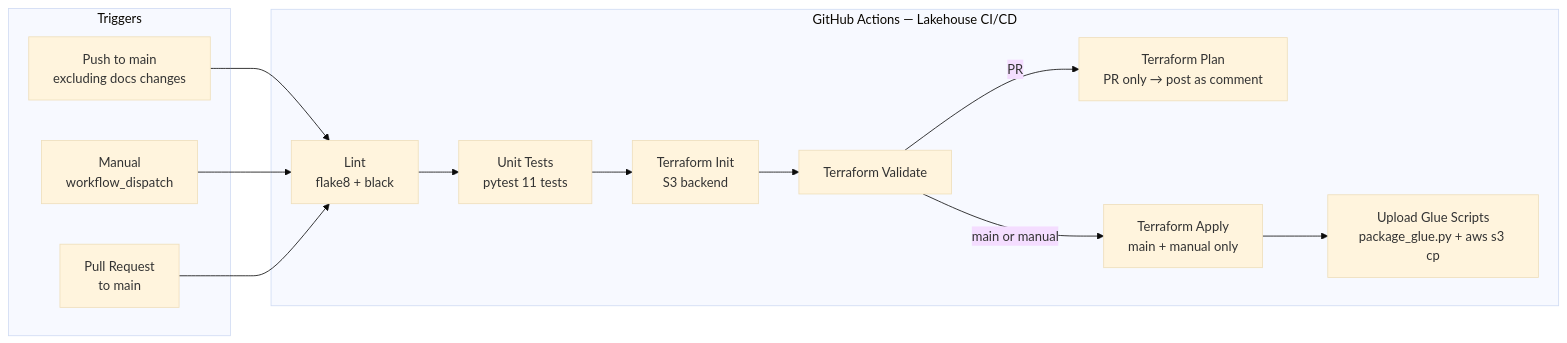
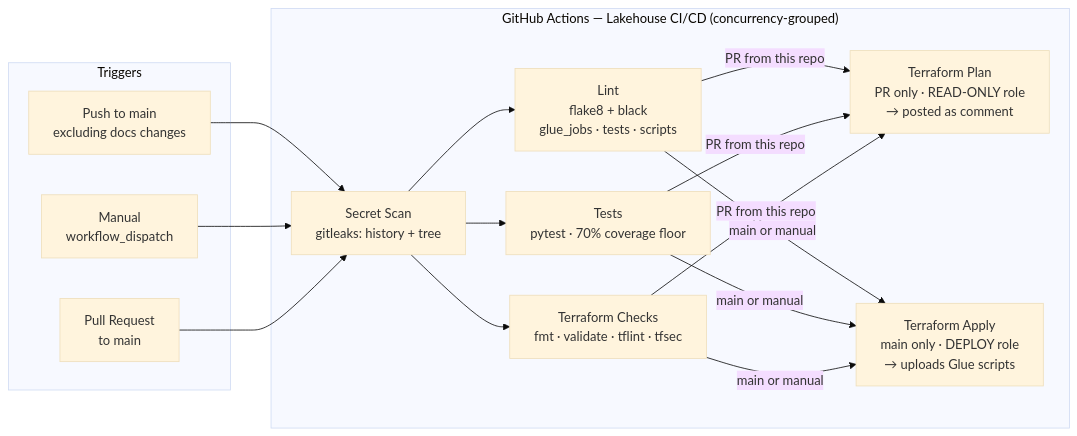
Before and after one commit to jill-break/Lakehouse-Architecture: the second of 5 diagrams in docs/architecture-diagram.md, drawn with Mermaid (base theme). The commit also changed other lines of this file and 3 other files, not shown here.

````diff
--- a/docs/architecture-diagram.md
+++ b/docs/architecture-diagram.md
@@ -132,24 +139,25 @@
 ```mermaid
 flowchart LR
     subgraph TRIGGERS["Triggers"]
         PUSH["Push to main\nexcluding docs changes"]
         PR["Pull Request\nto main"]
         MANUAL["Manual\nworkflow_dispatch"]
     end
 
-    subgraph CI["GitHub Actions — Lakehouse CI/CD"]
-        LINT["Lint\nflake8 + black"]
-        TEST["Unit Tests\npytest 11 tests"]
-        TFINIT["Terraform Init\nS3 backend"]
-        TFVAL["Terraform Validate"]
-        TFPLAN["Terraform Plan\nPR only → post as comment"]
-        TFAPPLY["Terraform Apply\nmain + manual only"]
-        UPLOAD["Upload Glue Scripts\npackage_glue.py + aws s3 cp"]
+    subgraph CI["GitHub Actions — Lakehouse CI/CD (concurrency-grouped)"]
+        SCAN["Secret Scan\ngitleaks: history + tree"]
+        LINT["Lint\nflake8 + black\nglue_jobs · tests · scripts"]
+        TEST["Tests\npytest · 70% coverage floor"]
+        TFCHECK["Terraform Checks\nfmt · validate · tflint · tfsec"]
+        TFPLAN["Terraform Plan\nPR only · READ-ONLY role\n→ posted as comment"]
+        TFAPPLY["Terraform Apply\nmain only · DEPLOY role\n→ uploads Glue scripts"]
     end
 
-    PUSH & MANUAL --> LINT
-    PR --> LINT
-    LINT --> TEST --> TFINIT --> TFVAL
-    TFVAL -->|PR| TFPLAN
-    TFVAL -->|main or manual| TFAPPLY --> UPLOAD
+    PUSH & MANUAL --> SCAN
+    PR --> SCAN
+    SCAN --> LINT
+    SCAN --> TEST
+    SCAN --> TFCHECK
+    LINT & TEST & TFCHECK -->|PR from this repo| TFPLAN
+    LINT & TEST & TFCHECK -->|main or manual| TFAPPLY
 ```
````
